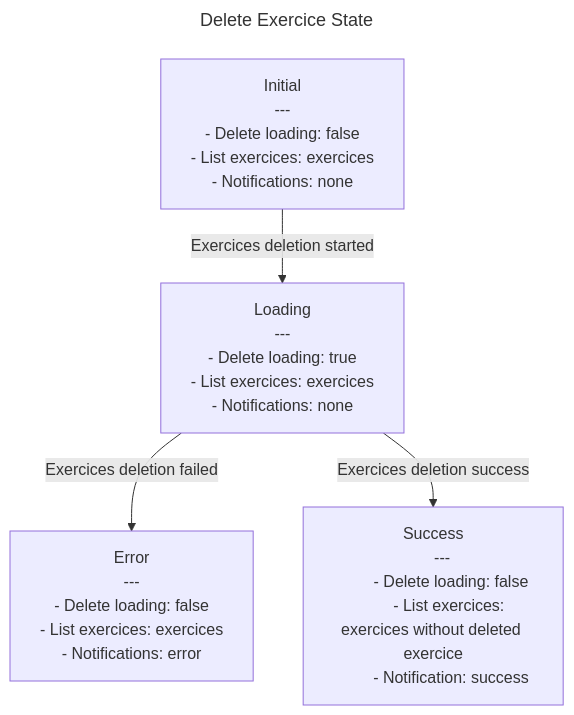
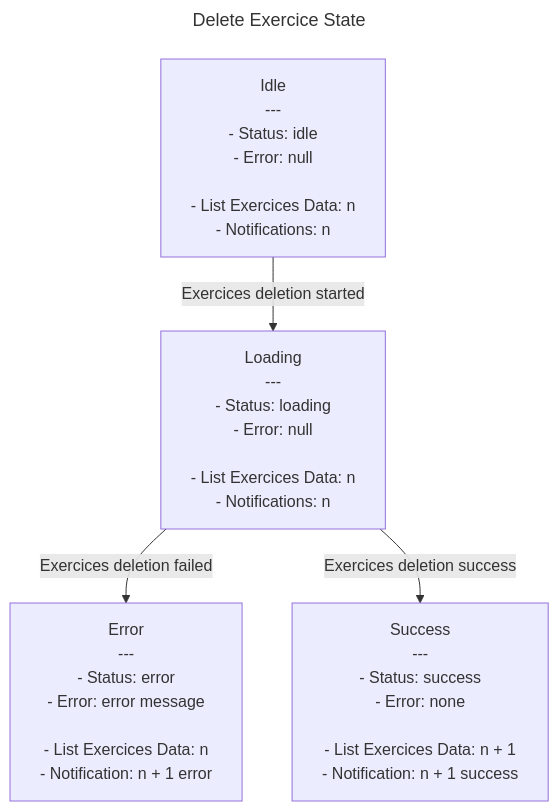
The diagram in src/exercice/features/delete-exercice/delete-exercice.state-machine.md (davidroberto/react-redux-clean-architecture-tdd-eda-vertical-slices), drawn with Mermaid before and after one commit. The commit also changed 27 other files, not shown here.

Commit message:
refactor: update state tree with with better application model: data / status / error

````diff
--- a/src/exercice/features/delete-exercice/delete-exercice.state-machine.md
+++ b/src/exercice/features/delete-exercice/delete-exercice.state-machine.md
@@ -1,43 +1,51 @@
 ```mermaid
 ---
 title: Delete Exercice State
 ---
 flowchart TD
     
 A[
-    Initial
+    Idle
     ---
-        - Delete loading: false
-        - List exercices: exercices
-        - Notifications: none
+        - Status: idle
+        - Error: null
+
+        - List Exercices Data: n
+        - Notifications: n
 ]
 
 B[
     Loading
     ---
-        - Delete loading: true
-        - List exercices: exercices
-        - Notifications: none
+        - Status: loading
+        - Error: null
+
+        - List Exercices Data: n
+        - Notifications: n
 ]
 
 C[
     Error
     ---
-        - Delete loading: false
-        - List exercices: exercices
-        - Notifications: error
+        - Status: error
+        - Error: error message
+        
+        - List Exercices Data: n
+        - Notification: n + 1 error
 ]
 
 D[
     Success
     ---
-        - Delete loading: false
-        - List exercices: exercices without deleted exercice
-        - Notification: success
+        - Status: success
+        - Error: none
+    
+        - List Exercices Data: n + 1
+        - Notification: n + 1 success
 ]
 
 A -->|Exercices deletion started|B
 B -->|Exercices deletion failed|C
 B -->|Exercices deletion success|D
 
 ```
````
